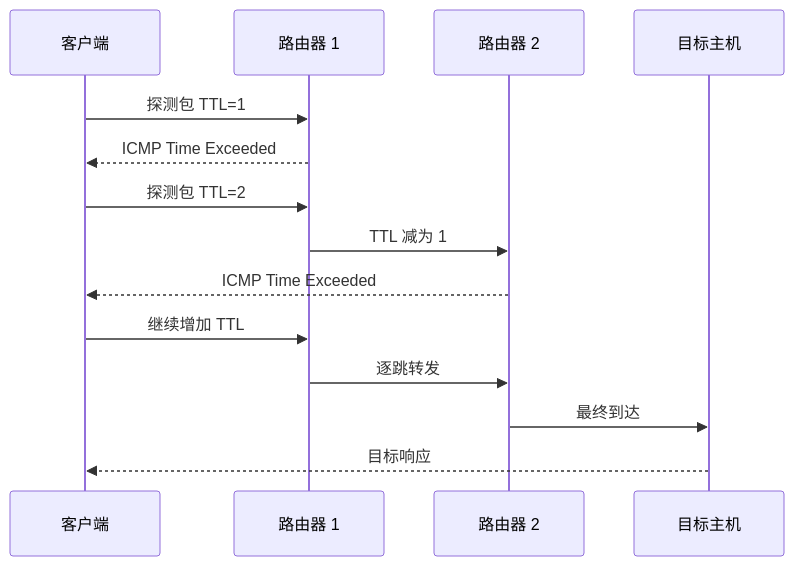
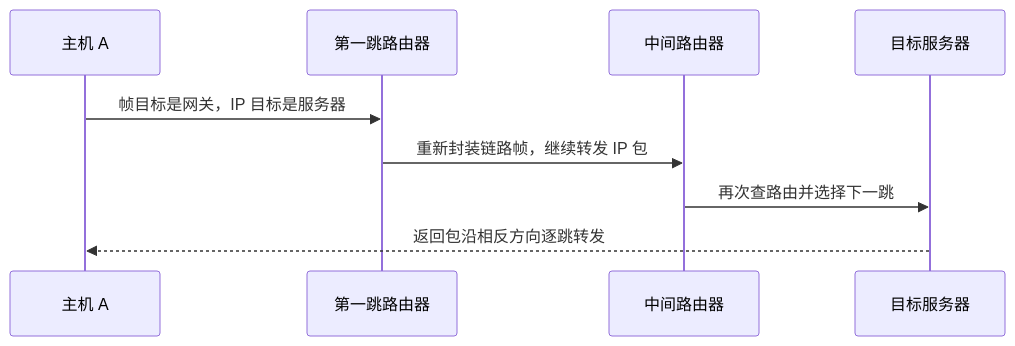
The second of 2 diagrams in 05_interview/fundamentals/cs-core/computer-network/02-ip-routing/index.md (ranxi2001/zero2Leetcode), drawn with Mermaid before and after one commit. The commit also changed other lines of this file and 38 other files, not shown here.

````diff
--- a/05_interview/fundamentals/cs-core/computer-network/02-ip-routing/index.md
+++ b/05_interview/fundamentals/cs-core/computer-network/02-ip-routing/index.md
@@ -140,16 +95,11 @@
 ```mermaid
 sequenceDiagram
-    participant C as 客户端
-    participant R1 as 路由器 1
-    participant R2 as 路由器 2
-    participant S as 目标主机
-    C->>R1: 探测包 TTL=1
-    R1-->>C: ICMP Time Exceeded
-    C->>R1: 探测包 TTL=2
-    R1->>R2: TTL 减为 1
-    R2-->>C: ICMP Time Exceeded
-    C->>R1: 继续增加 TTL
-    R1->>R2: 逐跳转发
-    R2->>S: 最终到达
-    S-->>C: 目标响应
+    participant A as 主机 A
+    participant G as 第一跳路由器
+    participant R as 中间路由器
+    participant S as 目标服务器
+    A->>G: 帧目标是网关，IP 目标是服务器
+    G->>R: 重新封装链路帧，继续转发 IP 包
+    R->>S: 再次查路由并选择下一跳
+    S-->>A: 返回包沿相反方向逐跳转发
 ```
````
